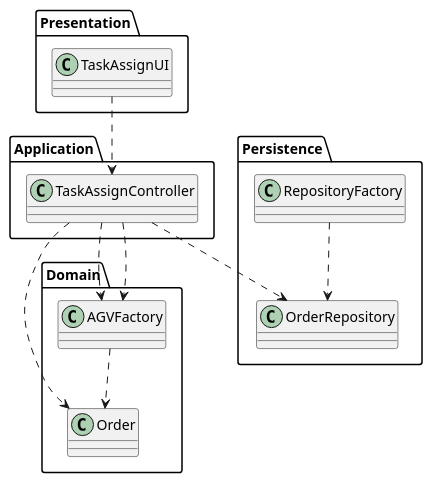
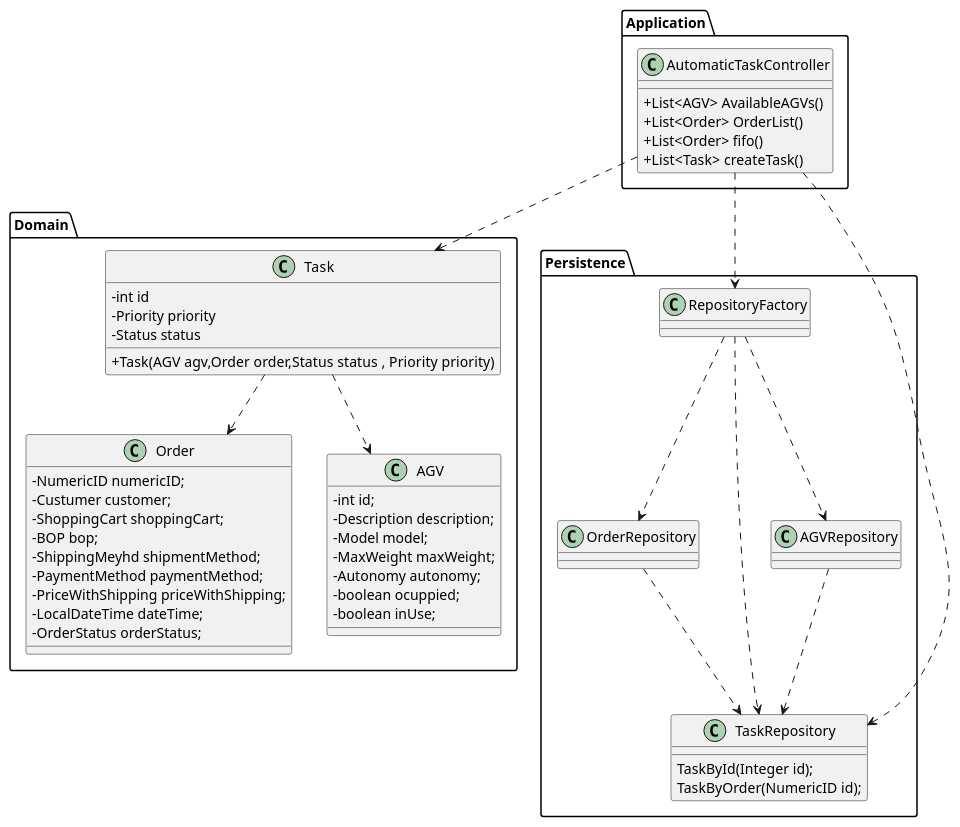
The diagram in Documentação/1190384/US4002/US4002_CD.puml (1190772/LAB-Project-4), drawn with PlantUML before and after one commit. The commit also changed 1 other file, not shown here.

```diff
--- a/Documentação/1190384/US4002/US4002_CD.puml
+++ b/Documentação/1190384/US4002/US4002_CD.puml
@@ -1,52 +1,86 @@
 @startuml
 skinparam classAttributeIconSize 0
 
 
-Package Presentation{
-class TaskAssignUI {
-}
-}
+
 
 Package Application{
 
-class TaskAssignController {
+class AutomaticTaskController {
++List<AGV> AvailableAGVs()
++List<Order> OrderList()
++List<Order> fifo()
++List<Task> createTask()
 
 }
 }
 
 Package Domain{
 
 class Order {
-
+   -NumericID numericID;
+    -Custumer customer;
+    -ShoppingCart shoppingCart;
+    -BOP bop;
+    -ShippingMeyhd shipmentMethod;
+    -PaymentMethod paymentMethod;
+    -PriceWithShipping priceWithShipping;
+    -LocalDateTime dateTime;
+    -OrderStatus orderStatus;
 
 }
 
-class AGVFactory{
+class Task{
+ -int id
+  -Priority priority
+ -Status status
+ +Task(AGV agv,Order order,Status status , Priority priority)
 }
 
-
+class AGV{
+     -int id;
+     -Description description;
+     -Model model;
+     -MaxWeight maxWeight;
+     -Autonomy autonomy;
+     -boolean ocuppied;
+     -boolean inUse;
+}
 }
 
 
 Package Persistence{
 class RepositoryFactory{
 
 }
 
 class OrderRepository{
 
 }
+class TaskRepository{
+TaskById(Integer id);
+TaskByOrder(NumericID id);
+
+}
+class AGVRepository{
+
+}
 
 
 }
 
-TaskAssignUI ..> TaskAssignController
-TaskAssignController ..> Order
-TaskAssignController ..> OrderRepository
-TaskAssignController ..> AGVFactory
-TaskAssignController ..> AGVFactory
+
+AutomaticTaskController ..> Task
+AutomaticTaskController ..> TaskRepository
+AutomaticTaskController ..> RepositoryFactory
 RepositoryFactory ..> OrderRepository
-AGVFactory..> Order
+RepositoryFactory ..> TaskRepository
+RepositoryFactory ..> AGVRepository
+OrderRepository ..> TaskRepository
+AGVRepository ..> TaskRepository
+Task ..> Order
+Task ..> AGV
+
 
 
 @enduml
```
